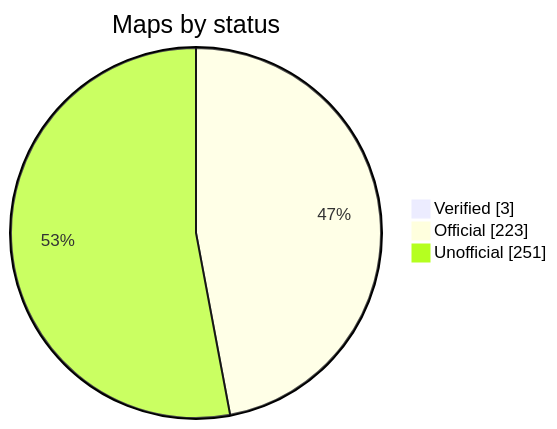
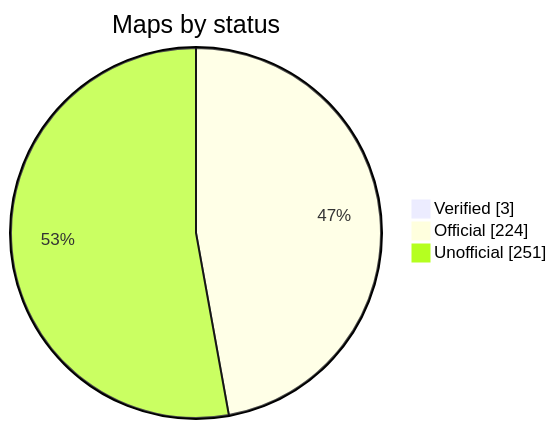
One commit to nobrega8/mbmap-library changed the diagram in README.md. Above: the diagram before and after it, drawn with Mermaid. The commit also changed 2 other files, not shown here.

Commit message:
Add the ABB ACS355 map

````diff
--- a/README.md
+++ b/README.md
@@ -48,7 +48,7 @@
 ```mermaid
 pie showData
     title Maps by status
     "Verified" : 3
-    "Official" : 223
+    "Official" : 224
     "Unofficial" : 251
 ```
````
